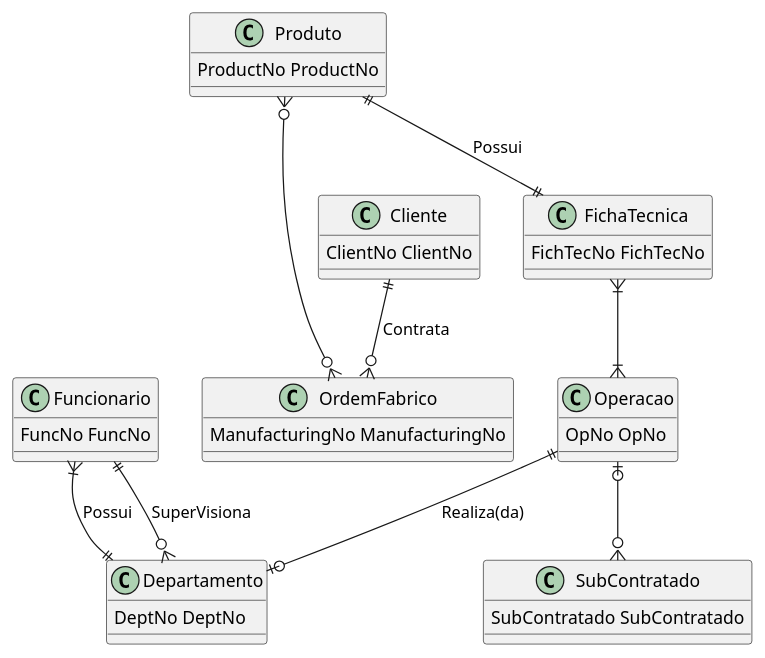
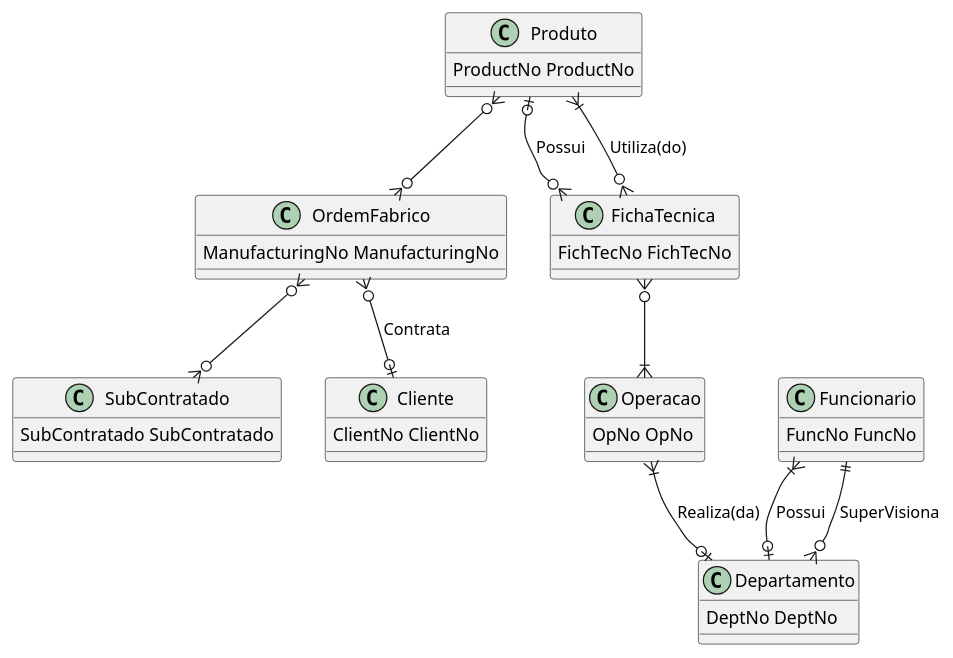
Before and after one commit to Arturito2005/TrabalhoBD: the diagram in TabelaER_PK/TabelaER_pk_v1.plantuml, drawn with PlantUML. The commit also changed 6 other files, not shown here.

```diff
--- a/TabelaER_PK/TabelaER_pk_v1.plantuml
+++ b/TabelaER_PK/TabelaER_pk_v1.plantuml
@@ -1,90 +1,64 @@
 @startuml tableBD
 
 class OrdemFabrico {
     ManufacturingNo ManufacturingNo
 }   
 
-/'
-O stock é quantidade que tem de produto
-O fornecedor vai ter os campos da tabela e o produto 
-pode ter varios
-
-Talvez haja uma tabela materiais que liga juntamente
-ao produto há tabela operação
-'/
 class Produto {
     ProductNo ProductNo
 }
 
-/'
-Conjunto de operações necessarias para a produção
-de um produto
-'/
 class FichaTecnica {
     FichTecNo FichTecNo
 }
 
-/'
-Parceiro externo que pode desenvolver uma operação
-Ver se apenas um subContratado pode fazer uma e so uma operação
-'/
 class Operacao {
     OpNo OpNo 
 }
 
-/'
-Se a fabrica embia materiais para eles, 
-deve ter um campo para isso.
-'/
 class SubContratado {
     SubContratado SubContratado
 }
 
-
-/'Extras se quissermos complicar'/
-
-/'Setor da fabrica responsável por uma determinada
-operacao'/
 class Departamento {
     DeptNo DeptNo 
 }
 
-/'
-Funcionario da fabrica, que faz parte de um setor
-'/
 class Funcionario {
     FuncNo FuncNo
 }
 
 class Cliente {
     ClientNo ClientNo
 }
 
 /'
 Relacionamento dos Funcionarios
 '/
-Funcionario }|--|| Departamento: Possui
+Funcionario }|--o| Departamento: Possui
 Funcionario ||--o{ Departamento: SuperVisiona 
 
 /'
 Relacionamento das Operacoes Interna
 '/
-Operacao ||--o| Departamento: Realiza(da)
-Operacao |o--o{ SubContratado
+Operacao }|--o| Departamento: Realiza(da)
+
 /'
 Relacionamento Ficha Tecnica
 '/
-FichaTecnica }|--|{ Operacao
+FichaTecnica }o--|{ Operacao
+FichaTecnica }o--|{ Produto: Utiliza(do)
 
 /'
 Relacionamentos do Produto
 '/
-Produto ||--|| FichaTecnica: Possui
-Produto }o---o{ OrdemFabrico
+Produto |o--o{ FichaTecnica: Possui
+Produto }o--o{ OrdemFabrico
 
 /'
 Relacionamento Ordem Fabrico
 '/
-Cliente ||--o{ OrdemFabrico: Contrata
+OrdemFabrico }o--o| Cliente: Contrata
+OrdemFabrico }o--o{ SubContratado
 
 @enduml
```
